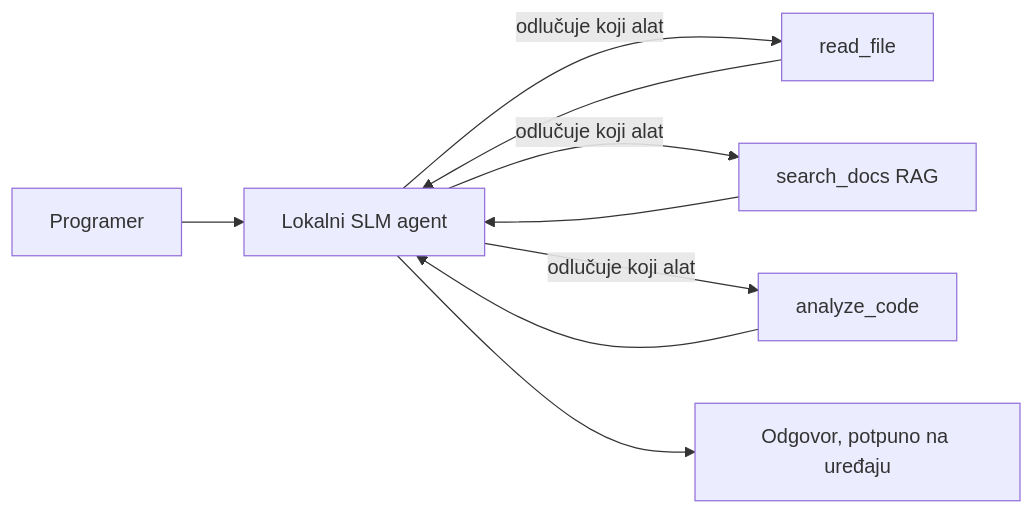
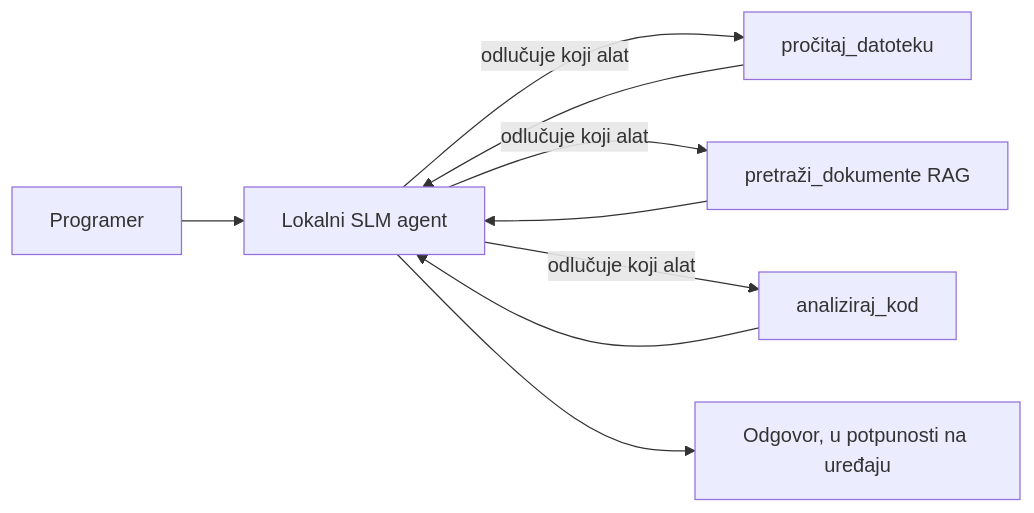
Before and after one commit to gabrielmoreira/agent-skills-mirror: the first of 4 diagrams in mirrors/repos/microsoft@ai-agents-for-beginners/translations/hr/17-creating-local-ai-agents/README.md, drawn with Mermaid. The commit also changed other lines of this file and 4262 other files, not shown here.

````diff
--- a/mirrors/repos/microsoft@ai-agents-for-beginners/translations/hr/17-creating-local-ai-agents/README.md
+++ b/mirrors/repos/microsoft@ai-agents-for-beginners/translations/hr/17-creating-local-ai-agents/README.md
@@ -66,11 +66,11 @@
 ```mermaid
 flowchart LR
     U[Programer] --> A[Lokalni SLM agent]
-    A -->|odlučuje koji alat| T1[read_file]
-    A -->|odlučuje koji alat| T2[search_docs RAG]
-    A -->|odlučuje koji alat| T3[analyze_code]
+    A -->|odlučuje koji alat| T1[pročitaj_datoteku]
+    A -->|odlučuje koji alat| T2[pretraži_dokumente RAG]
+    A -->|odlučuje koji alat| T3[analiziraj_kod]
     T1 --> A
     T2 --> A
     T3 --> A
-    A --> R[Odgovor, potpuno na uređaju]
+    A --> R[Odgovor, u potpunosti na uređaju]
 ```
````
